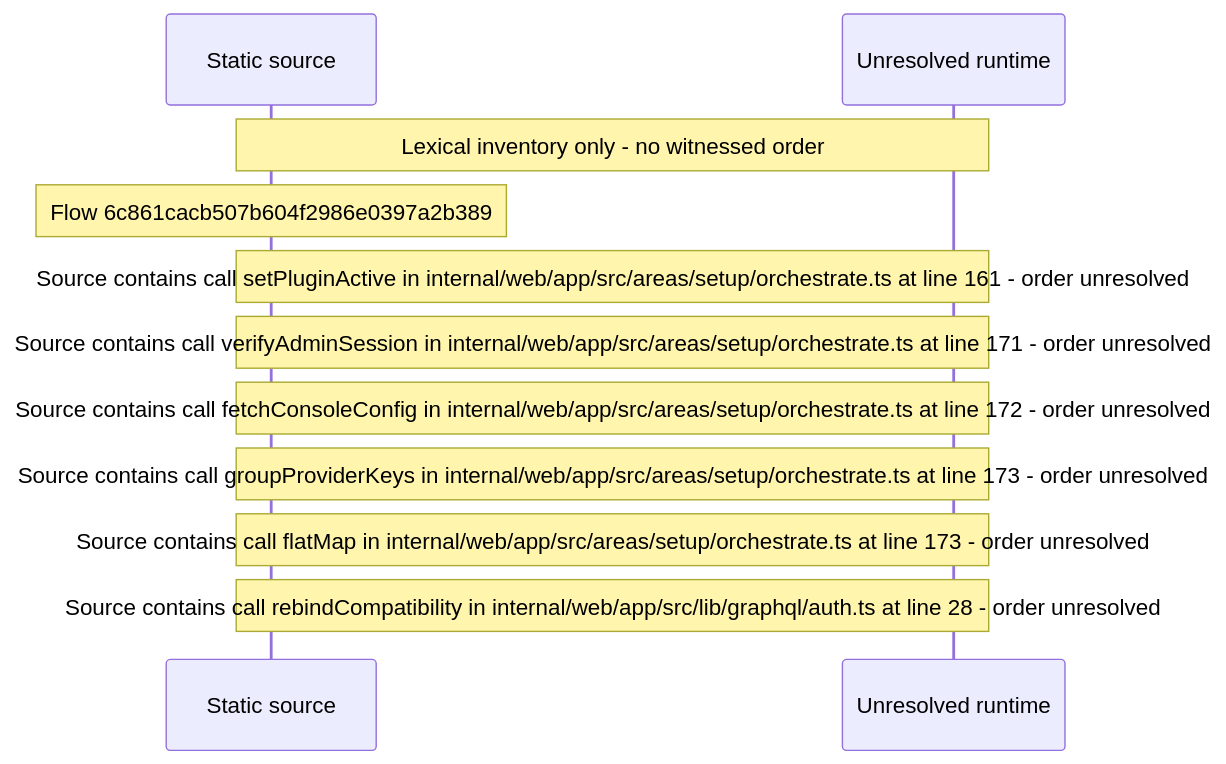
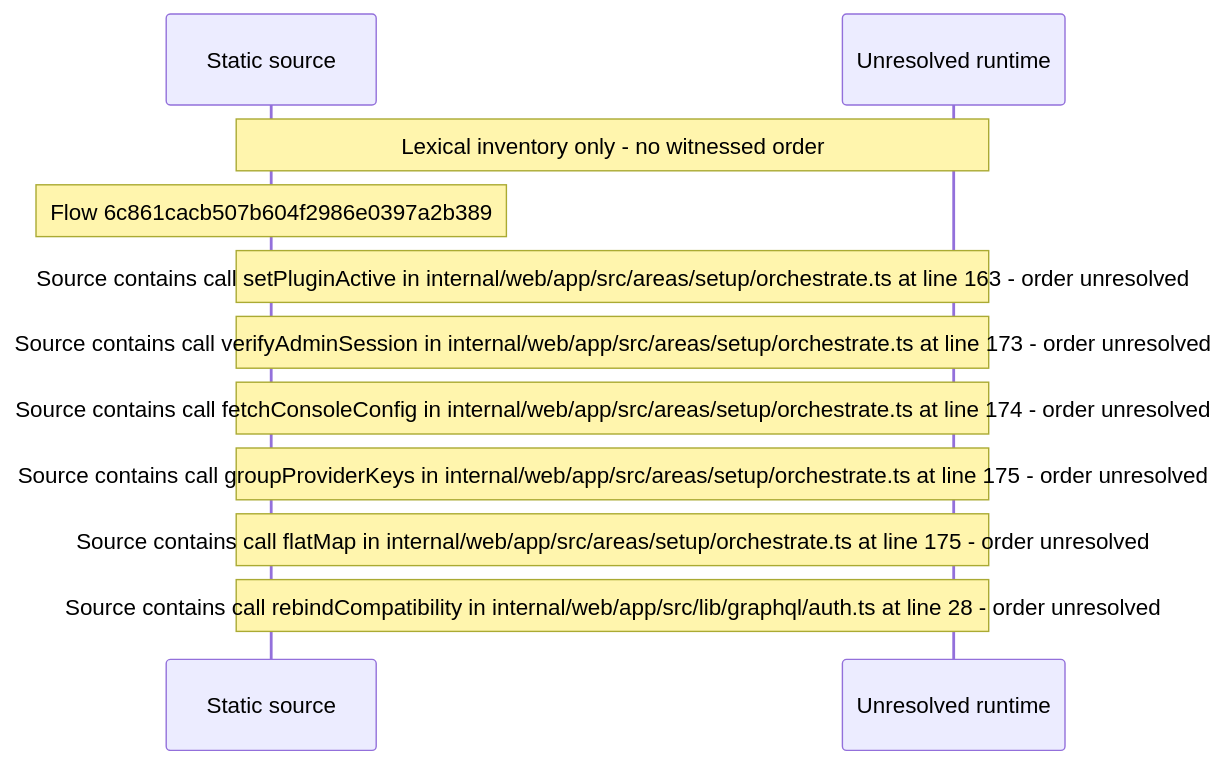
One commit to beamfall/core changed the diagram in docs/web/flows/generated/6c861cacb507b604f2986e0397a2b389/flow-diagram.md. Above: the diagram before and after it, drawn with Mermaid. The commit also changed other lines of this file and 715 other files, not shown here.

First line of the commit message:
Regenerate the web flow record on main after CORE-1117

````diff
--- a/docs/web/flows/generated/6c861cacb507b604f2986e0397a2b389/flow-diagram.md
+++ b/docs/web/flows/generated/6c861cacb507b604f2986e0397a2b389/flow-diagram.md
@@ -10,13 +10,13 @@
 ```mermaid
 sequenceDiagram
     participant S as Static source
     participant U as Unresolved runtime
     Note over S,U: Lexical inventory only - no witnessed order
     Note over S: Flow 6c861cacb507b604f2986e0397a2b389
-    Note over S,U: Source contains call setPluginActive in internal/web/app/src/areas/setup/orchestrate.ts at line 161 - order unresolved
-    Note over S,U: Source contains call verifyAdminSession in internal/web/app/src/areas/setup/orchestrate.ts at line 171 - order unresolved
-    Note over S,U: Source contains call fetchConsoleConfig in internal/web/app/src/areas/setup/orchestrate.ts at line 172 - order unresolved
-    Note over S,U: Source contains call groupProviderKeys in internal/web/app/src/areas/setup/orchestrate.ts at line 173 - order unresolved
-    Note over S,U: Source contains call flatMap in internal/web/app/src/areas/setup/orchestrate.ts at line 173 - order unresolved
+    Note over S,U: Source contains call setPluginActive in internal/web/app/src/areas/setup/orchestrate.ts at line 163 - order unresolved
+    Note over S,U: Source contains call verifyAdminSession in internal/web/app/src/areas/setup/orchestrate.ts at line 173 - order unresolved
+    Note over S,U: Source contains call fetchConsoleConfig in internal/web/app/src/areas/setup/orchestrate.ts at line 174 - order unresolved
+    Note over S,U: Source contains call groupProviderKeys in internal/web/app/src/areas/setup/orchestrate.ts at line 175 - order unresolved
+    Note over S,U: Source contains call flatMap in internal/web/app/src/areas/setup/orchestrate.ts at line 175 - order unresolved
     Note over S,U: Source contains call rebindCompatibility in internal/web/app/src/lib/graphql/auth.ts at line 28 - order unresolved
 ```
````
